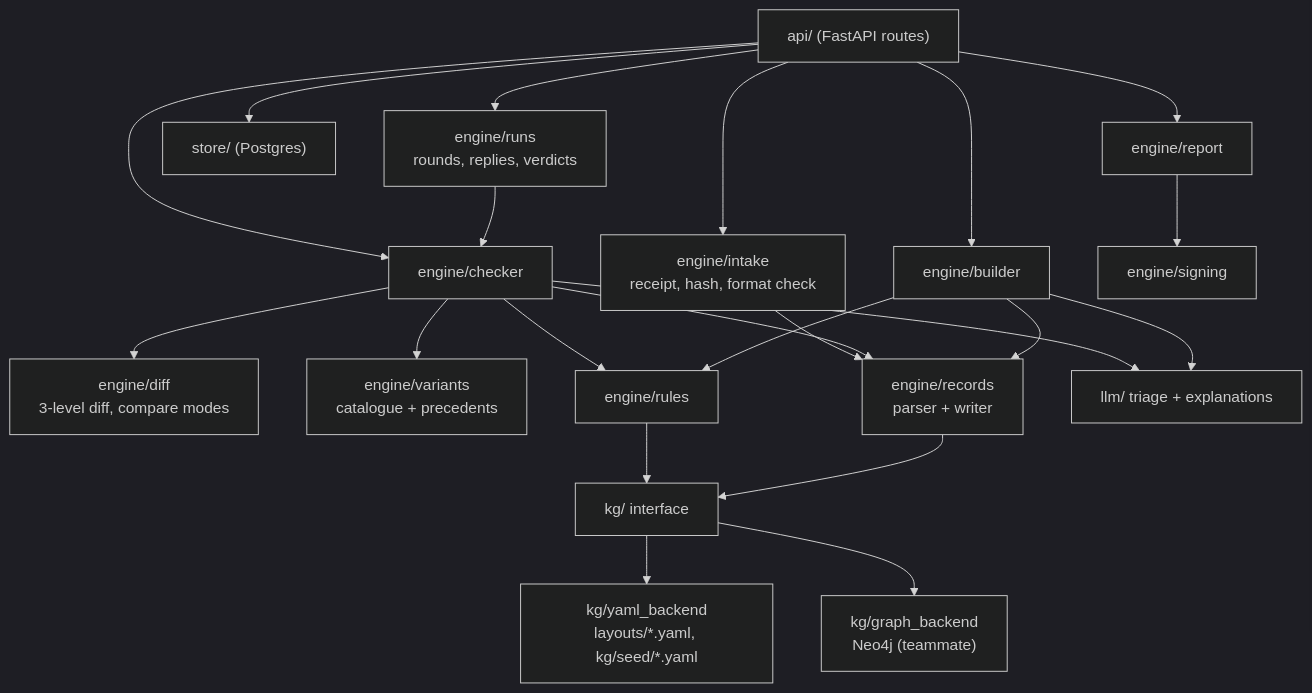
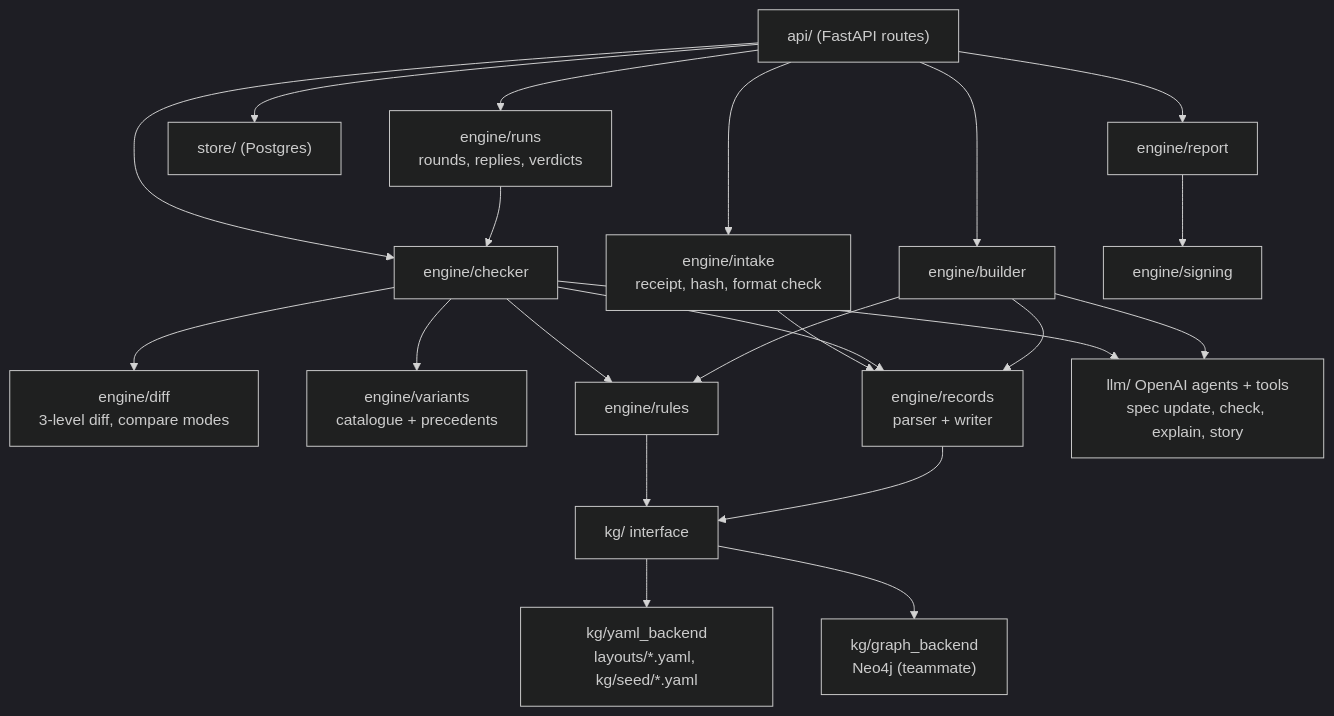
Before and after one commit to ahlemtr/ITSG-Futury-Build-day: the diagram in plan/diagrams/09_backend_components.md, drawn with Mermaid (dark theme). The commit also changed other lines of this file and 15 other files, not shown here.

Commit message:
Add KG seeding guide and tech stack, align plan docs with OpenAI agents, and add missing source documents

````diff
--- a/plan/diagrams/09_backend_components.md
+++ b/plan/diagrams/09_backend_components.md
@@ -3,24 +3,24 @@
 ```mermaid
 flowchart TD
     API["api/ (FastAPI routes)"] --> CHK["engine/checker"]
     API --> BLD["engine/builder"]
     API --> REP["engine/report"]
     API --> DB["store/ (Postgres)"]
     CHK --> DF["engine/diff<br/>3-level diff, compare modes"]
     CHK --> VC["engine/variants<br/>catalogue + precedents"]
     API --> INT["engine/intake<br/>receipt, hash, format check"]
     INT --> PAR
     API --> RUN["engine/runs<br/>rounds, replies, verdicts"]
     RUN --> CHK
     CHK --> PAR["engine/records<br/>parser + writer"]
     CHK --> RUL["engine/rules"]
-    CHK --> LLM["llm/ triage + explanations"]
+    CHK --> LLM["llm/ OpenAI agents + tools<br/>spec update, check, explain, story"]
     BLD --> RUL
     BLD --> PAR
     BLD --> LLM
     RUL --> KGI["kg/ interface"]
     PAR --> KGI
     KGI --> KGY["kg/yaml_backend<br/>layouts/*.yaml, kg/seed/*.yaml"]
     KGI --> KGG["kg/graph_backend<br/>Neo4j (teammate)"]
     REP --> SIG["engine/signing"]
 ```
````
